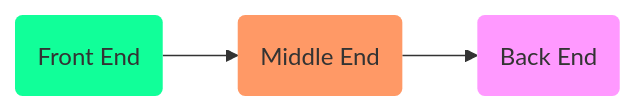
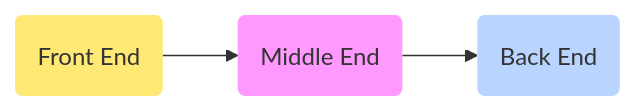
One commit to avimehenwal/python.avimehenwal changed the second of 10 diagrams in docs/Tutorials/07_compiler.md. Above: the diagram before and after it, drawn with Mermaid. The commit also changed other lines of this file and 14 other files, not shown here.

````diff
--- a/docs/Tutorials/07_compiler.md
+++ b/docs/Tutorials/07_compiler.md
@@ -95,12 +98,10 @@
 ```mermaid
 graph LR
-A(Front End):::green
-B(Middle End):::orange
-C(Back End):::purple
-
+A(Front End):::yellow
+B(Middle End):::purple
+C(Back End):::blue
 A --> B --> C
-
-classDef green fill:#1f9,stroke-width:0px;
-classDef orange fill:#f96,stroke-width:0px;
+classDef blue fill:#b8d4ff,stroke-width:0px;
 classDef purple fill:#f9f,stroke:#333,stroke-width:0px;
+classDef yellow fill:#FFE873,stroke-width:0px;
 ```
````
